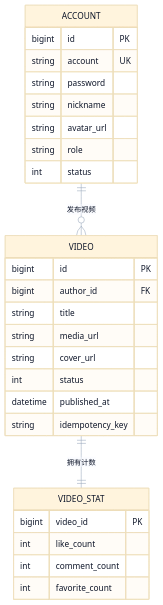
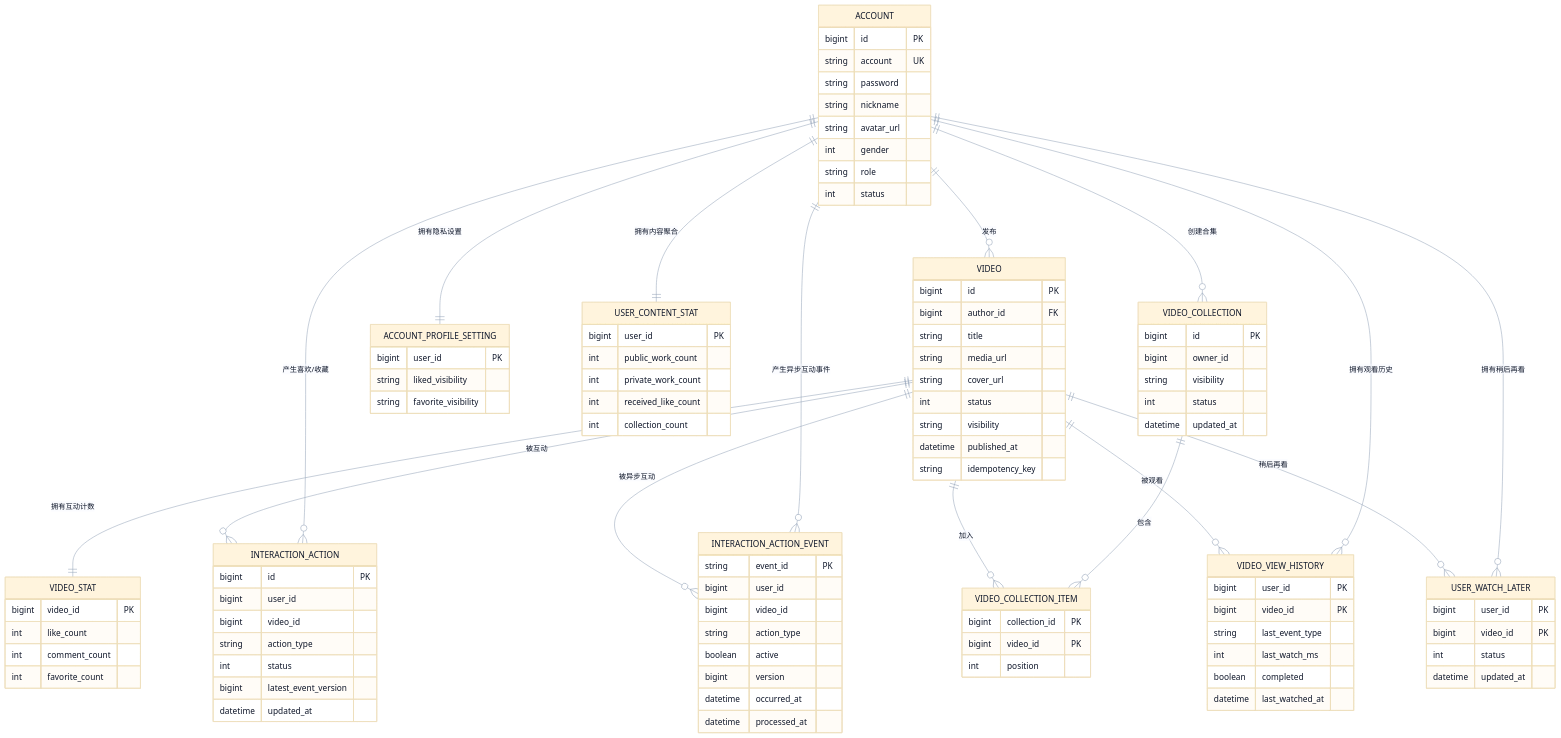
The fifth of 6 diagrams in docs/architecture.md (shiyudesu/frux), drawn with Mermaid before and after one commit. The commit also changed other lines of this file and 118 other files, not shown here.

````diff
--- a/docs/architecture.md
+++ b/docs/architecture.md
@@ -221,8 +291,21 @@
     lineColor: "#94A3B8"
 ---
 erDiagram
-  ACCOUNT ||--o{ VIDEO : "发布视频"
-  VIDEO ||--|| VIDEO_STAT : "拥有计数"
+  ACCOUNT ||--o{ VIDEO : "发布"
+  ACCOUNT ||--|| ACCOUNT_PROFILE_SETTING : "拥有隐私设置"
+  ACCOUNT ||--|| USER_CONTENT_STAT : "拥有内容聚合"
+  ACCOUNT ||--o{ INTERACTION_ACTION : "产生喜欢/收藏"
+  ACCOUNT ||--o{ INTERACTION_ACTION_EVENT : "产生异步互动事件"
+  ACCOUNT ||--o{ VIDEO_VIEW_HISTORY : "拥有观看历史"
+  ACCOUNT ||--o{ USER_WATCH_LATER : "拥有稍后再看"
+  ACCOUNT ||--o{ VIDEO_COLLECTION : "创建合集"
+  VIDEO ||--|| VIDEO_STAT : "拥有互动计数"
+  VIDEO_COLLECTION ||--o{ VIDEO_COLLECTION_ITEM : "包含"
+  VIDEO ||--o{ VIDEO_COLLECTION_ITEM : "加入"
+  VIDEO ||--o{ INTERACTION_ACTION : "被互动"
+  VIDEO ||--o{ INTERACTION_ACTION_EVENT : "被异步互动"
+  VIDEO ||--o{ VIDEO_VIEW_HISTORY : "被观看"
+  VIDEO ||--o{ USER_WATCH_LATER : "稍后再看"
 
   ACCOUNT {
     bigint id PK
@@ -230,6 +313,7 @@
     string password
     string nickname
     string avatar_url
+    int gender
     string role
     int status
   }
@@ -241,6 +325,7 @@
     string media_url
     string cover_url
     int status
+    string visibility
     datetime published_at
     string idempotency_key
   }
@@ -251,4 +336,69 @@
     int comment_count
     int favorite_count
   }
+
+  ACCOUNT_PROFILE_SETTING {
+    bigint user_id PK
+    string liked_visibility
+    string favorite_visibility
+  }
+
+  USER_CONTENT_STAT {
+    bigint user_id PK
+    int public_work_count
+    int private_work_count
+    int received_like_count
+    int collection_count
+  }
+
+  INTERACTION_ACTION {
+    bigint id PK
+    bigint user_id
+    bigint video_id
+    string action_type
+    int status
+    bigint latest_event_version
+    datetime updated_at
+  }
+
+  INTERACTION_ACTION_EVENT {
+    string event_id PK
+    bigint user_id
+    bigint video_id
+    string action_type
+    boolean active
+    bigint version
+    datetime occurred_at
+    datetime processed_at
+  }
+
+  VIDEO_VIEW_HISTORY {
+    bigint user_id PK
+    bigint video_id PK
+    string last_event_type
+    int last_watch_ms
+    boolean completed
+    datetime last_watched_at
+  }
+
+  USER_WATCH_LATER {
+    bigint user_id PK
+    bigint video_id PK
+    int status
+    datetime updated_at
+  }
+
+  VIDEO_COLLECTION {
+    bigint id PK
+    bigint owner_id
+    string visibility
+    int status
+    datetime updated_at
+  }
+
+  VIDEO_COLLECTION_ITEM {
+    bigint collection_id PK
+    bigint video_id PK
+    int position
+  }
 ```
````
